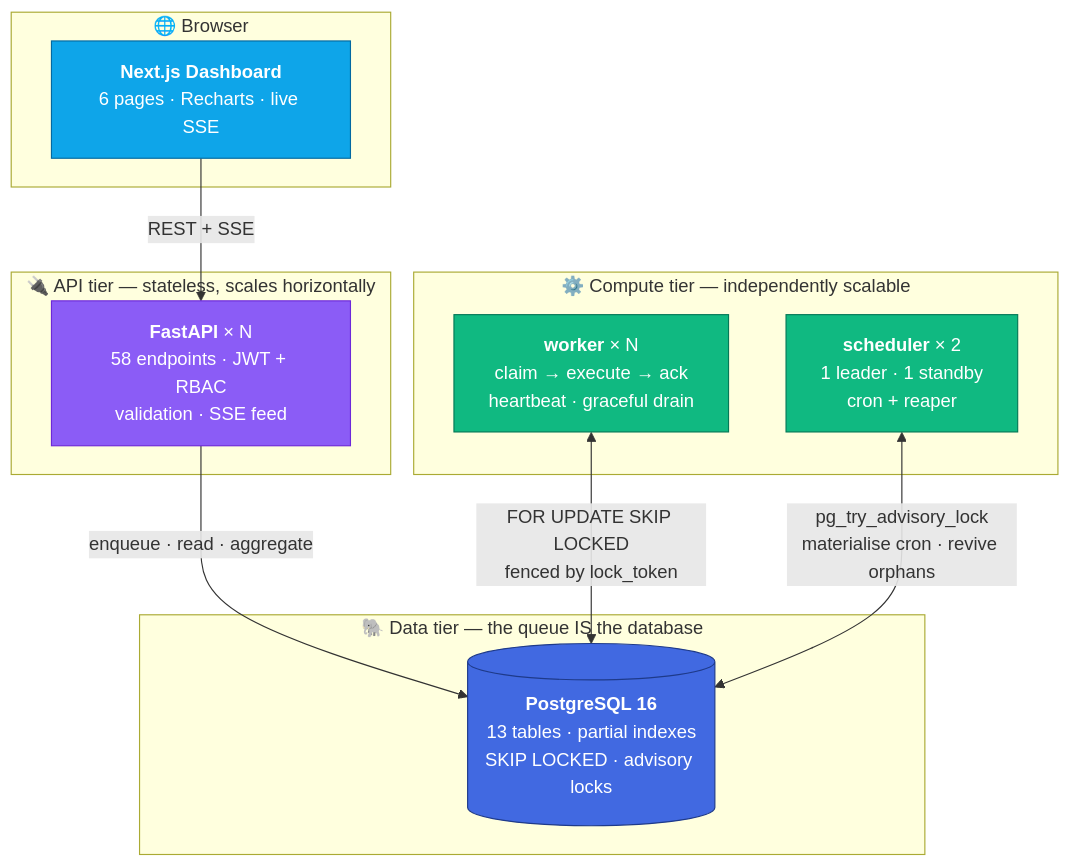
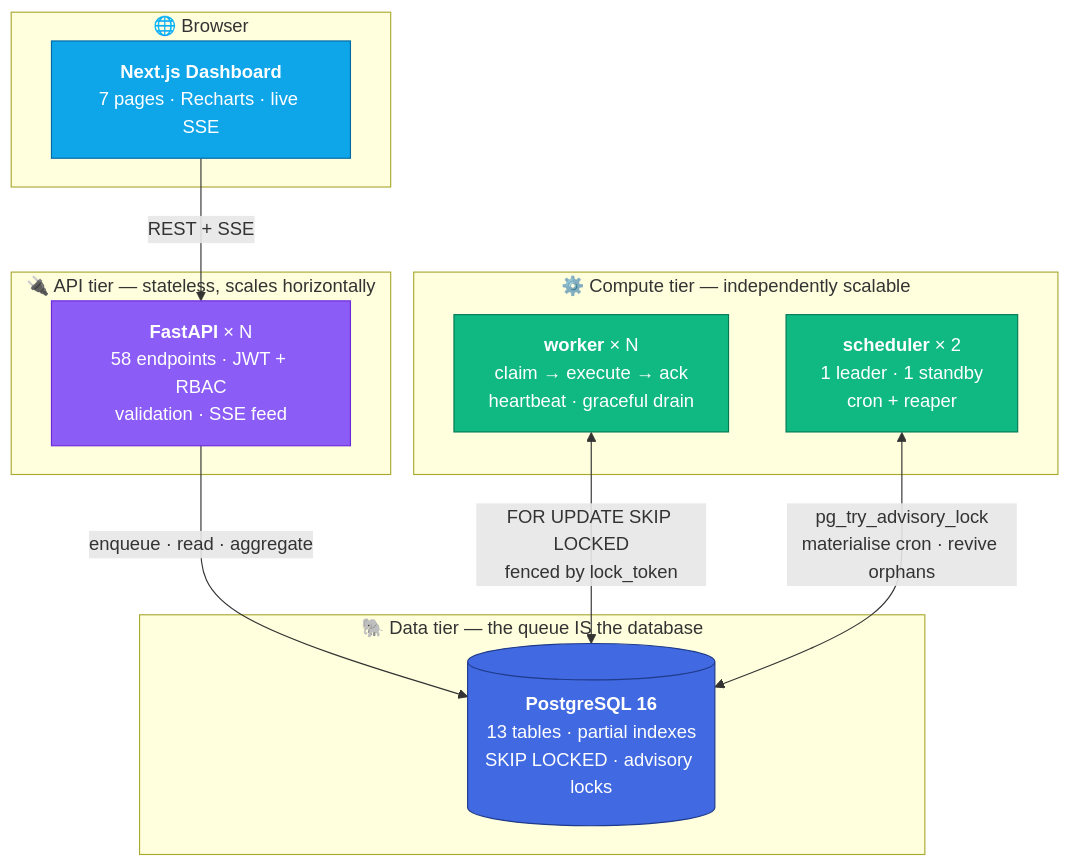
Before and after one commit to Shardul9999/Distributed-Job-Scheduler: the first of 3 diagrams in README.md, drawn with Mermaid. The commit also changed other lines of this file, not shown here.

````diff
--- a/README.md
+++ b/README.md
@@ -196,33 +190,33 @@
 ```mermaid
 flowchart TB
     subgraph browser["🌐 Browser"]
-        WEB["<b>Next.js Dashboard</b><br/>6 pages · Recharts · live SSE"]
+        WEB["<b>Next.js Dashboard</b><br/>7 pages · Recharts · live SSE"]
     end
 
     subgraph apitier["🔌 API tier — stateless, scales horizontally"]
         API["<b>FastAPI</b> × N<br/>58 endpoints · JWT + RBAC<br/>validation · SSE feed"]
     end
 
     subgraph datatier["🐘 Data tier — the queue IS the database"]
         PG[("<b>PostgreSQL 16</b><br/>13 tables · partial indexes<br/>SKIP LOCKED · advisory locks")]
     end
 
     subgraph compute["⚙️ Compute tier — independently scalable"]
         WORKER["<b>worker</b> × N<br/>claim → execute → ack<br/>heartbeat · graceful drain"]
         SCHED["<b>scheduler</b> × 2<br/>1 leader · 1 standby<br/>cron + reaper"]
     end
 
     WEB -->|"REST + SSE"| API
     API -->|"enqueue · read · aggregate"| PG
     WORKER <-->|"FOR UPDATE SKIP LOCKED<br/>fenced by lock_token"| PG
     SCHED <-->|"pg_try_advisory_lock<br/>materialise cron · revive orphans"| PG
 
     classDef front fill:#0ea5e9,stroke:#0369a1,color:#fff
     classDef back fill:#8b5cf6,stroke:#6d28d9,color:#fff
     classDef db fill:#4169E1,stroke:#1e3a8a,color:#fff
     classDef proc fill:#10b981,stroke:#047857,color:#fff
     class WEB front
     class API back
     class PG db
     class WORKER,SCHED proc
 ```
````
